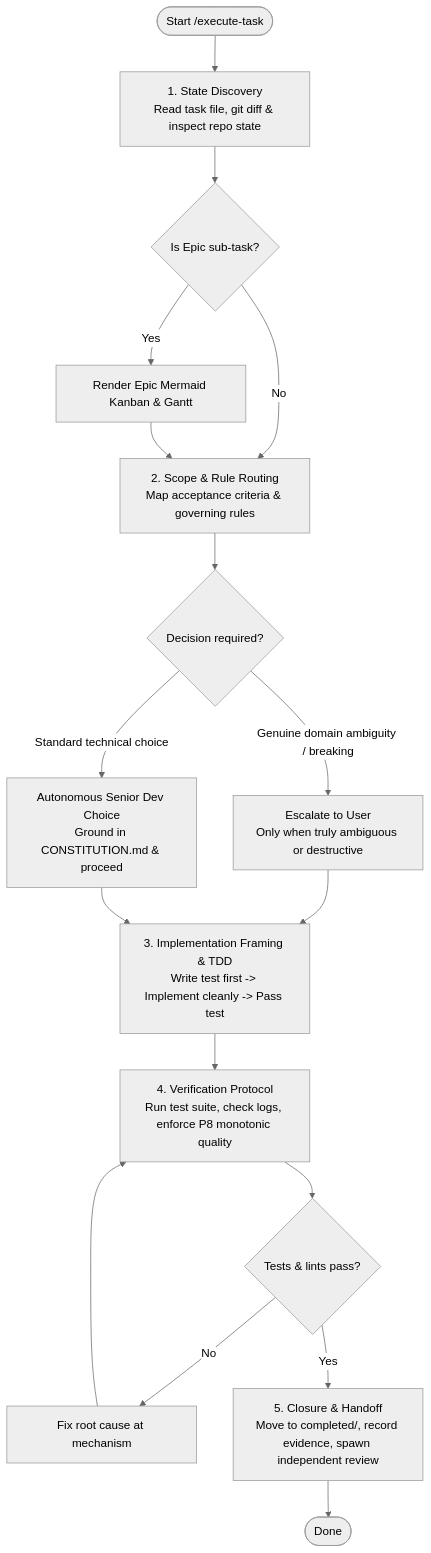
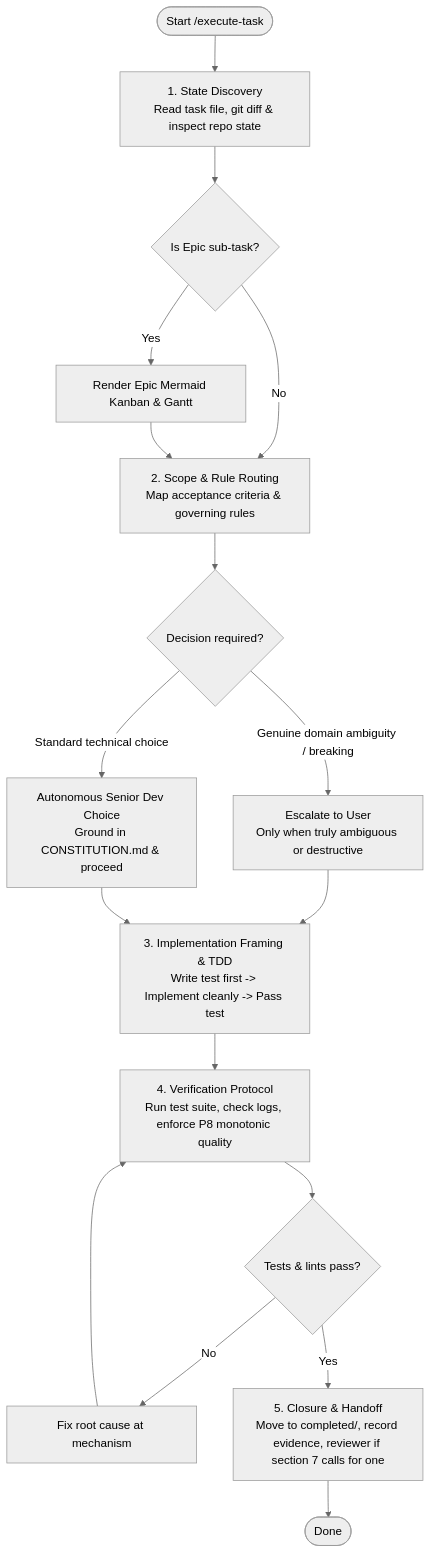
The diagram in .claude/skills/execute-task/SKILL.md (anhembedded/Sagittarius_Elite_Warrior), drawn with Mermaid (neutral theme) before and after one commit. The commit also changed other lines of this file and 16 other files, not shown here.

First line of the commit message:
chore(agents): verify a bug fix by its test and drop the independent-review gate

````diff
--- a/.claude/skills/execute-task/SKILL.md
+++ b/.claude/skills/execute-task/SKILL.md
@@ -12,20 +12,20 @@
 ```mermaid
 flowchart TD
     Start(["Start /execute-task"]) --> Discover["1. State Discovery<br/>Read task file, git diff & inspect repo state"]
     Discover --> BoardCheck{"Is Epic sub-task?"}
     BoardCheck -- Yes --> RenderBoard["Render Epic Mermaid Kanban & Gantt"]
     BoardCheck -- No --> ScopeTask["2. Scope & Rule Routing<br/>Map acceptance criteria & governing rules"]
     RenderBoard --> ScopeTask
 
     ScopeTask --> DecisionCheck{"Decision required?"}
     DecisionCheck -- Standard technical choice --> AutoDecide["Autonomous Senior Dev Choice<br/>Ground in CONSTITUTION.md & proceed"]
     DecisionCheck -- Genuine domain ambiguity / breaking --> AskUser["Escalate to User<br/>Only when truly ambiguous or destructive"]
     AskUser --> TDD
     AutoDecide --> TDD
 
     TDD["3. Implementation Framing & TDD<br/>Write test first -> Implement cleanly -> Pass test"] --> Verify["4. Verification Protocol<br/>Run test suite, check logs, enforce P8 monotonic quality"]
     Verify --> QualityGate{"Tests & lints pass?"}
     QualityGate -- No --> Fix["Fix root cause at mechanism"] --> Verify
-    QualityGate -- Yes --> Complete["5. Closure & Handoff<br/>Move to completed/, record evidence, spawn independent review"]
+    QualityGate -- Yes --> Complete["5. Closure & Handoff<br/>Move to completed/, record evidence, reviewer if section 7 calls for one"]
     Complete --> Done(["Done"])
 ```
````
